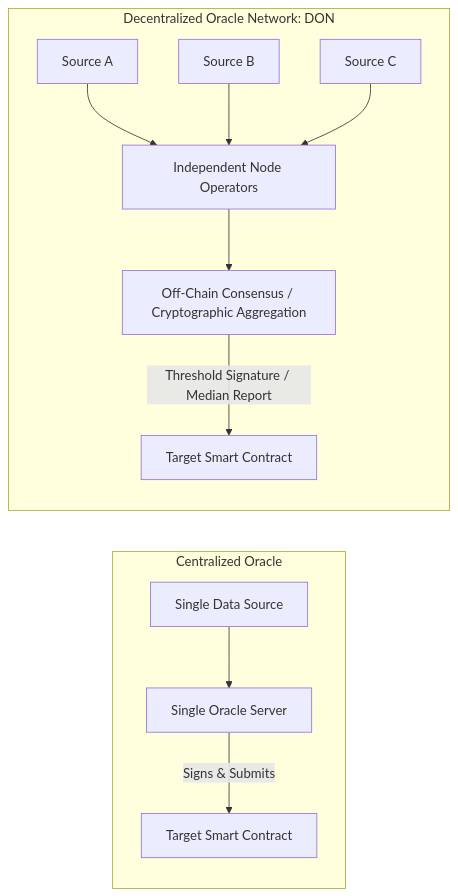
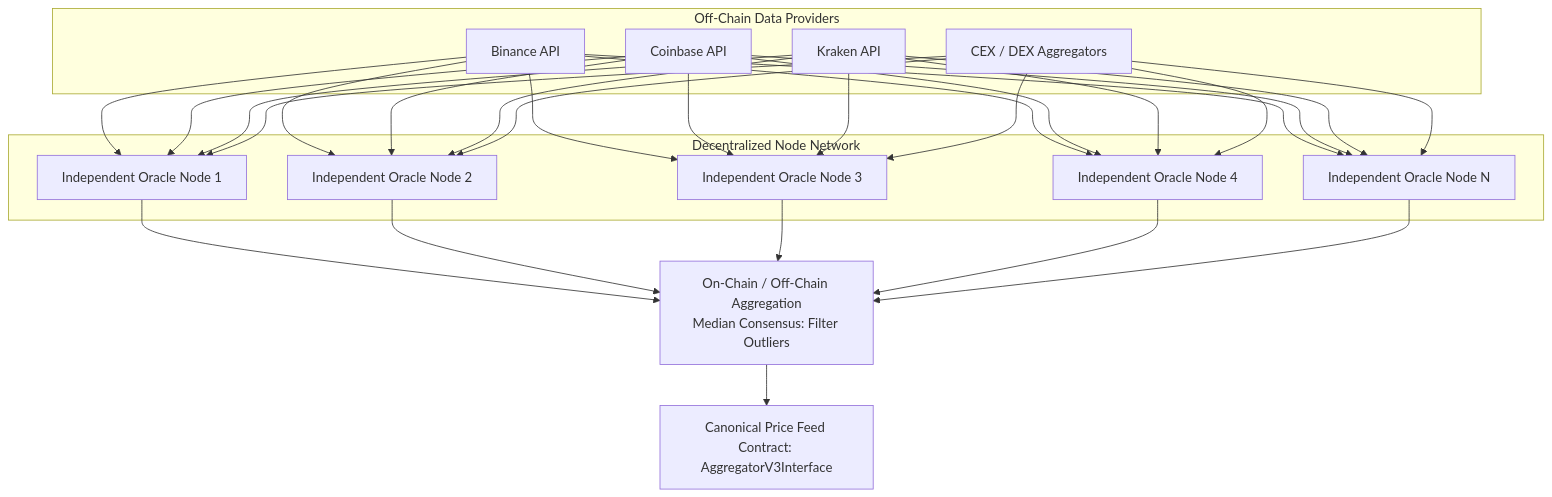
Before and after one commit to ub-society/modules: the fourth of 7 diagrams in docs/learn/fundamentals/04-programmability-and-vm/05-the-oracle-problem.md, drawn with Mermaid. The commit also changed other lines of this file and 4 other files, not shown here.

````diff
--- a/docs/learn/fundamentals/04-programmability-and-vm/05-the-oracle-problem.md
+++ b/docs/learn/fundamentals/04-programmability-and-vm/05-the-oracle-problem.md
@@ -35,13 +98,19 @@
 ```mermaid
-flowchart LR
-    subgraph Centralized Oracle
-        API1[Single Data Source] --> Srv[Single Oracle Server]
-        Srv -->|Signs & Submits| Contract1[Target Smart Contract]
+flowchart TD
+    subgraph Off-Chain Data Providers
+        API1[Binance API] & API2[Coinbase API] & API3[Kraken API] & API4[CEX / DEX Aggregators]
     end
 
-    subgraph Decentralized Oracle Network: DON
-        APIA[Source A] & APIB[Source B] & APIC[Source C] --> Nodes[Independent Node Operators]
-        Nodes --> Agg[Off-Chain Consensus / Cryptographic Aggregation]
-        Agg -->|Threshold Signature / Median Report| Contract2[Target Smart Contract]
+    subgraph Decentralized Node Network
+        Node1[Independent Oracle Node 1]
+        Node2[Independent Oracle Node 2]
+        Node3[Independent Oracle Node 3]
+        Node4[Independent Oracle Node 4]
+        Noden[Independent Oracle Node N]
     end
+
+    API1 & API2 & API3 & API4 --> Node1 & Node2 & Node3 & Node4 & Noden
+
+    Node1 & Node2 & Node3 & Node4 & Noden --> Consensus["On-Chain / Off-Chain Aggregation<br/>Median Consensus: Filter Outliers"]
+    Consensus --> Feed["Canonical Price Feed Contract: AggregatorV3Interface"]
 ```
````
